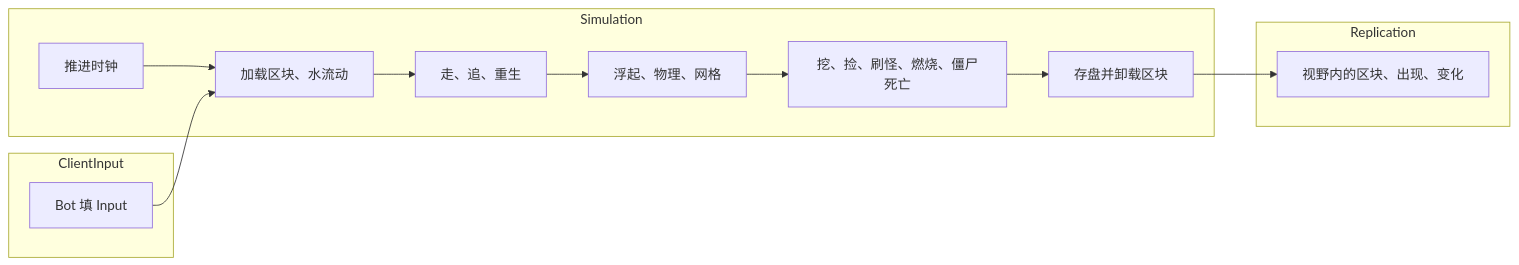
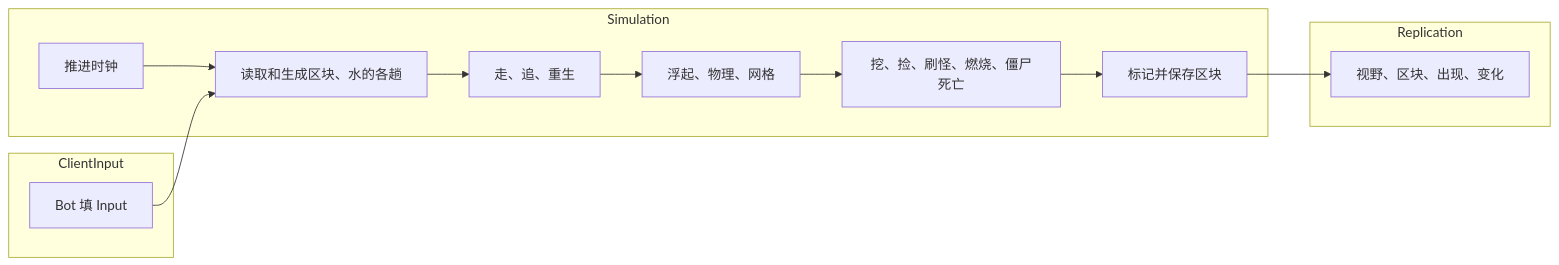
The first of 3 diagrams in docs/content/samples/voxel-server.zh.mdx (JasonXuDeveloper/EasyEcs), drawn with Mermaid before and after one commit. The commit also changed other lines of this file and 36 other files, not shown here.

````diff
--- a/docs/content/samples/voxel-server.zh.mdx
+++ b/docs/content/samples/voxel-server.zh.mdx
@@ -31,18 +74,18 @@
 ```mermaid
 flowchart LR
   subgraph ClientInput
     input[Bot 填 Input]
   end
   subgraph Simulation
-    clock[推进时钟] --> world[加载区块、水流动]
+    clock[推进时钟] --> world[读取和生成区块、水的各趟]
     world --> sight[走、追、重生]
     sight --> move[浮起、物理、网格]
     move --> rules[挖、捡、刷怪、燃烧、僵尸死亡]
-    rules --> unload[存盘并卸载区块]
+    rules --> unload[标记并保存区块]
   end
   subgraph Replication
-    send[视野内的区块、出现、变化]
+    send[视野、区块、出现、变化]
   end
   input --> world
   unload --> send
 ```
````
